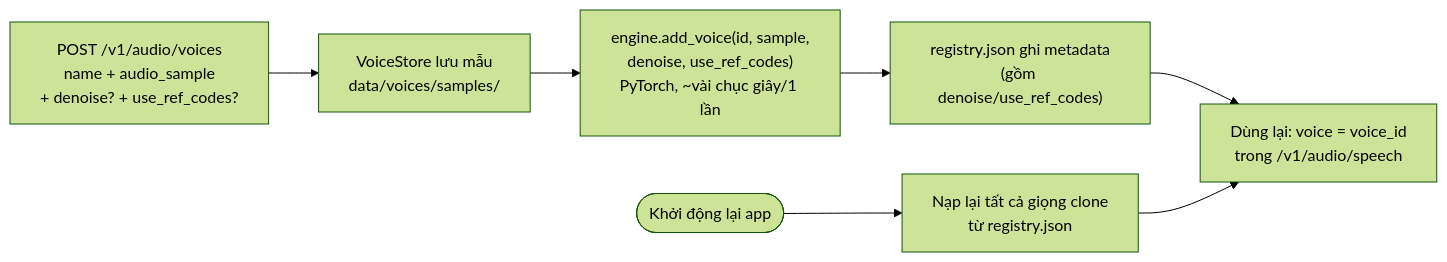
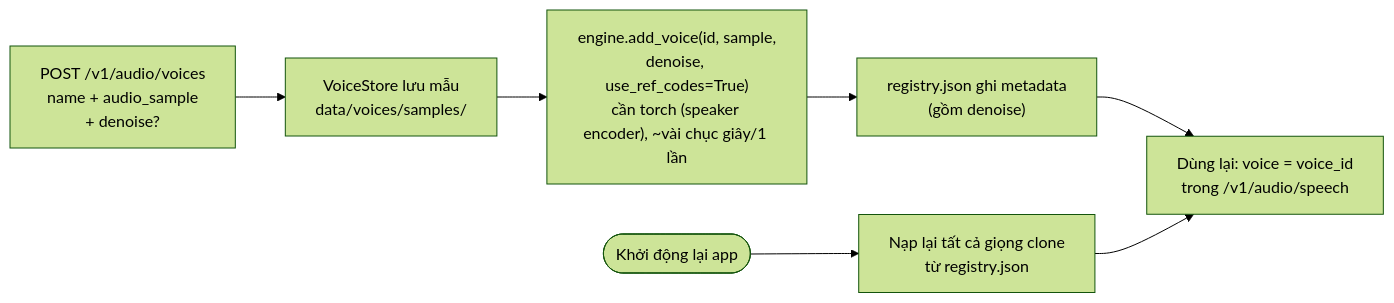
Before and after one commit to truongqv12/all_voice: the third of 4 diagrams in docs/kien-truc-va-mo-rong.md, drawn with Mermaid (forest theme). The commit also changed other lines of this file and 9 other files, not shown here.

First line of the commit message:
refactor(voices): trim VieNeu tuning surface and unify engine

````diff
--- a/docs/kien-truc-va-mo-rong.md
+++ b/docs/kien-truc-va-mo-rong.md
@@ -159,9 +157,9 @@
 ```mermaid
 flowchart LR
-    Up["POST /v1/audio/voices<br/>name + audio_sample<br/>+ denoise? + use_ref_codes?"] --> Save["VoiceStore lưu mẫu<br/>data/voices/samples/"]
-    Save --> Enrol["engine.add_voice(id, sample,<br/>denoise, use_ref_codes)<br/>PyTorch, ~vài chục giây/1 lần"]
-    Enrol --> Reg["registry.json ghi metadata<br/>(gồm denoise/use_ref_codes)"]
+    Up["POST /v1/audio/voices<br/>name + audio_sample<br/>+ denoise?"] --> Save["VoiceStore lưu mẫu<br/>data/voices/samples/"]
+    Save --> Enrol["engine.add_voice(id, sample,<br/>denoise, use_ref_codes=True)<br/>cần torch (speaker encoder), ~vài chục giây/1 lần"]
+    Enrol --> Reg["registry.json ghi metadata<br/>(gồm denoise)"]
     Reg --> Use["Dùng lại: voice = voice_id<br/>trong /v1/audio/speech"]
     Restart(["Khởi động lại app"]) --> Reload["Nạp lại tất cả giọng clone<br/>từ registry.json"]
     Reload --> Use
 ```
````
